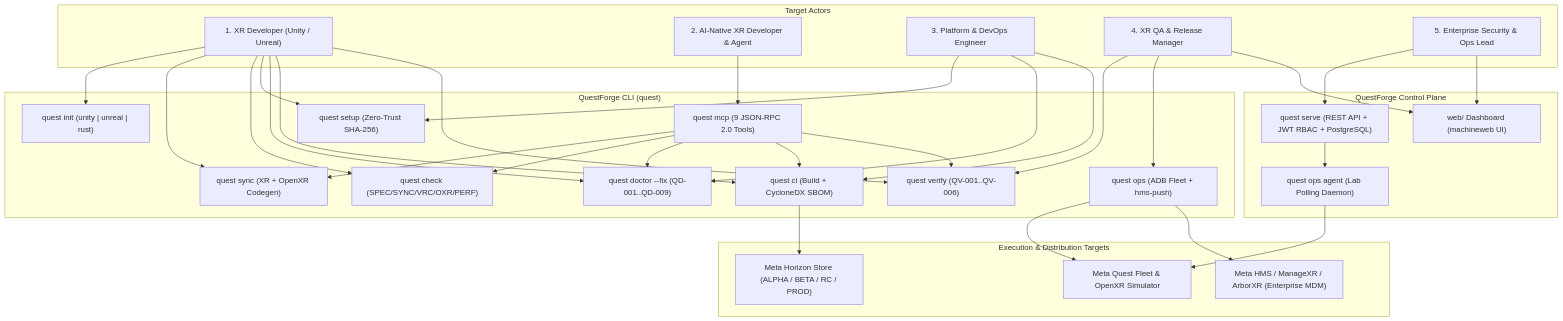
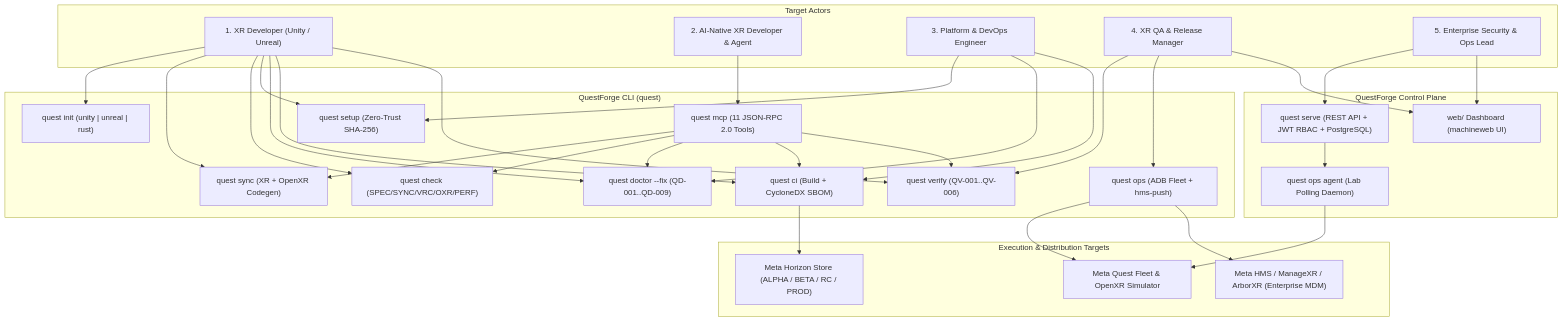
One commit to sweengineeringlabs/questforge changed the first of 10 diagrams in docs/3-design/developer_workflow.md. Above: the diagram before and after it, drawn with Mermaid. The commit also changed other lines of this file and 5 other files, not shown here.

Commit message:
feat(mcp): expose fleet_discover and publish_mdm tools (11 MCP tools total)

````diff
--- a/docs/3-design/developer_workflow.md
+++ b/docs/3-design/developer_workflow.md
@@ -11,65 +11,65 @@
 ```mermaid
 flowchart TD
     subgraph Actors["Target Actors"]
         Dev["1. XR Developer (Unity / Unreal)"]
         AIDev["2. AI-Native XR Developer & Agent"]
         DevOps["3. Platform & DevOps Engineer"]
         QA["4. XR QA & Release Manager"]
         Ent["5. Enterprise Security & Ops Lead"]
     end
 
     subgraph CLI["QuestForge CLI (quest)"]
         Init["quest init (unity | unreal | rust)"]
         Sync["quest sync (XR + OpenXR Codegen)"]
         Check["quest check (SPEC/SYNC/VRC/OXR/PERF)"]
         Setup["quest setup (Zero-Trust SHA-256)"]
         Doctor["quest doctor --fix (QD-001..QD-009)"]
-        MCP["quest mcp (9 JSON-RPC 2.0 Tools)"]
+        MCP["quest mcp (11 JSON-RPC 2.0 Tools)"]
         CI["quest ci (Build + CycloneDX SBOM)"]
         Verify["quest verify (QV-001..QV-006)"]
         Ops["quest ops (ADB Fleet + hms-push)"]
     end
 
     subgraph ControlPlane["QuestForge Control Plane"]
         Serve["quest serve (REST API + JWT RBAC + PostgreSQL)"]
         Web["web/ Dashboard (machineweb UI)"]
         Agent["quest ops agent (Lab Polling Daemon)"]
     end
 
     subgraph Targets["Execution & Distribution Targets"]
         Headsets["Meta Quest Fleet & OpenXR Simulator"]
         Store["Meta Horizon Store (ALPHA / BETA / RC / PROD)"]
         HMS["Meta HMS / ManageXR / ArborXR (Enterprise MDM)"]
     end
 
     Dev --> Init
     Dev --> Sync
     Dev --> Check
     Dev --> Setup
     Dev --> Doctor
     Dev --> CI
     Dev --> Verify
 
     AIDev --> MCP
     MCP --> Sync
     MCP --> Check
     MCP --> Doctor
     MCP --> CI
     MCP --> Verify
 
     DevOps --> Setup
     DevOps --> Doctor
     DevOps --> CI
     CI --> Store
 
     QA --> Verify
     QA --> Ops
     QA --> Web
     Ops --> Headsets
     Ops --> HMS
 
     Ent --> Serve
     Ent --> Web
     Serve --> Agent
     Agent --> Headsets
 ```
````
